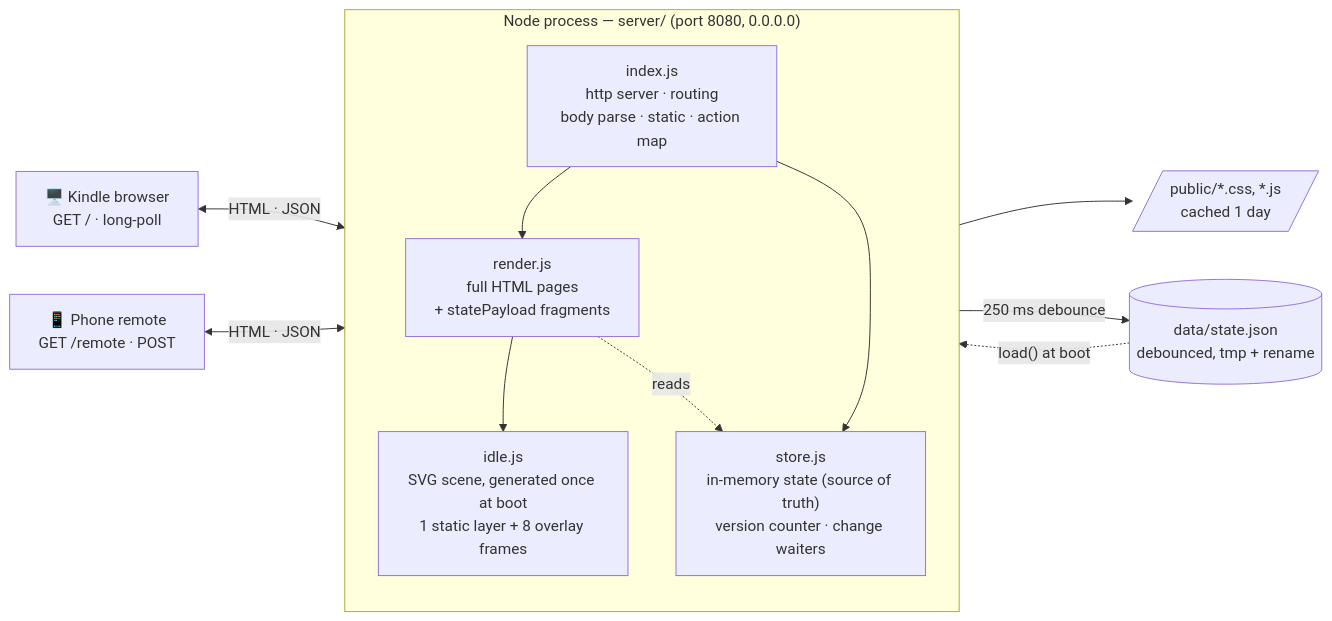
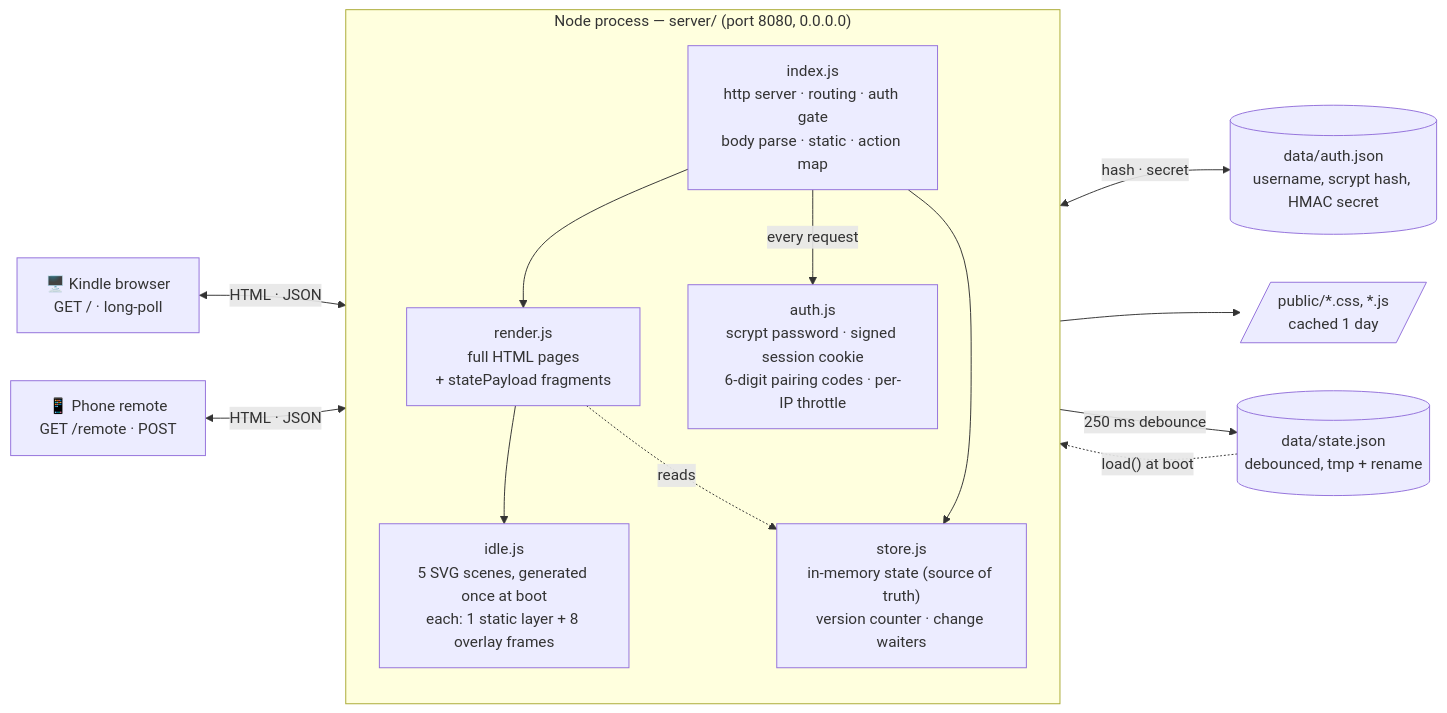
One commit to gursewak22/KindleIdle- changed the first of 3 diagrams in docs/architecture.md. Above: the diagram before and after it, drawn with Mermaid. The commit also changed other lines of this file and 16 other files, not shown here.

First line of the commit message:
Add accounts, pairing, scene selection and dark mode

````diff
--- a/docs/architecture.md
+++ b/docs/architecture.md
@@ -15,26 +20,30 @@
 ```mermaid
 flowchart LR
   K["🖥️ Kindle browser<br/>GET / · long-poll"]
   P["📱 Phone remote<br/>GET /remote · POST"]
 
   subgraph proc["Node process — server/ (port 8080, 0.0.0.0)"]
     direction TB
-    IDX["index.js<br/>http server · routing<br/>body parse · static · action map"]
+    IDX["index.js<br/>http server · routing · auth gate<br/>body parse · static · action map"]
     RND["render.js<br/>full HTML pages<br/>+ statePayload fragments"]
-    IDL["idle.js<br/>SVG scene, generated once at boot<br/>1 static layer + 8 overlay frames"]
+    IDL["idle.js<br/>5 SVG scenes, generated once at boot<br/>each: 1 static layer + 8 overlay frames"]
     STO["store.js<br/>in-memory state (source of truth)<br/>version counter · change waiters"]
+    AUT["auth.js<br/>scrypt password · signed session cookie<br/>6-digit pairing codes · per-IP throttle"]
   end
 
   DISK[("data/state.json<br/>debounced, tmp + rename")]
+  SEC[("data/auth.json<br/>username, scrypt hash, HMAC secret")]
   PUB[/"public/*.css, *.js<br/>cached 1 day"/]
 
   K <-->|"HTML · JSON"| IDX
   P <-->|"HTML · JSON"| IDX
   IDX --> RND
+  IDX -->|"every request"| AUT
+  AUT <-->|"hash · secret"| SEC
   RND --> IDL
   IDX --> STO
   RND -.->|reads| STO
   IDX --> PUB
   STO -->|"250 ms debounce"| DISK
   DISK -.->|"load() at boot"| STO
 ```
````
